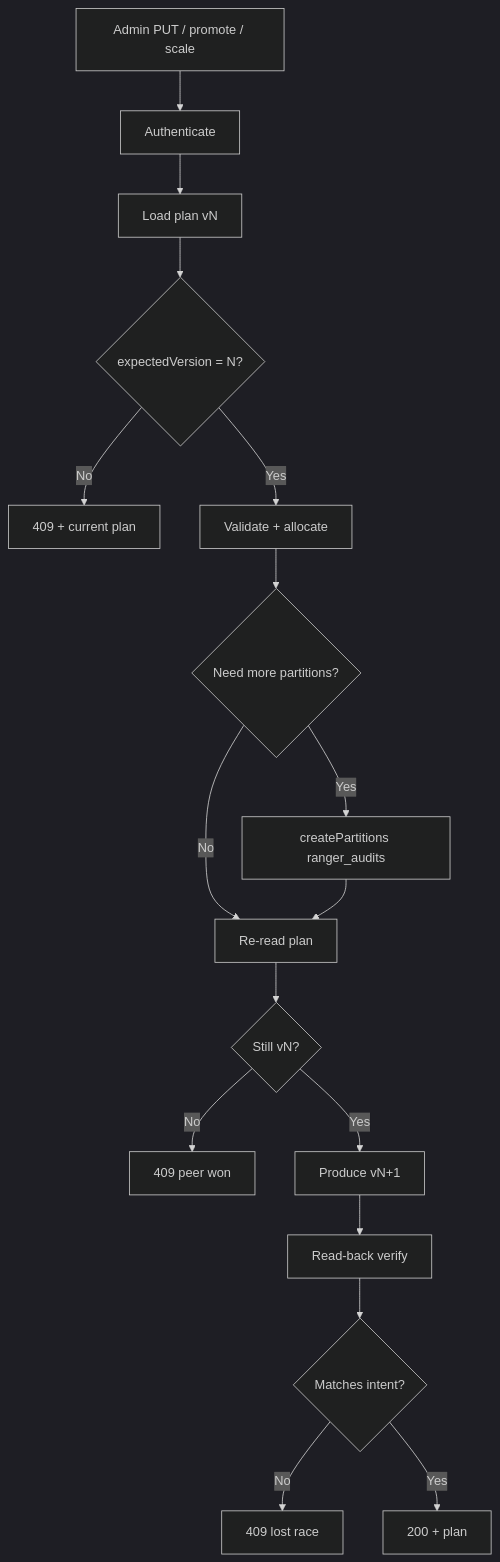
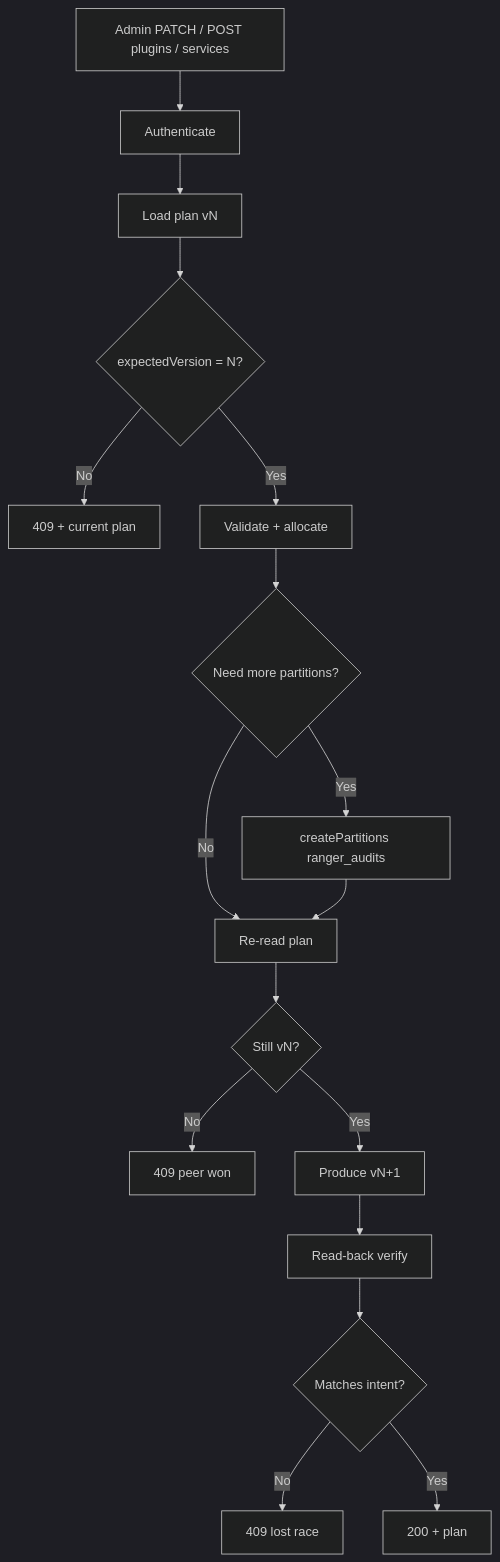
One commit to ramackri/ranger changed the third of 10 diagrams in audit-server/DESIGN-KAFKA-DYNAMIC-PARTITIONING.md. Above: the diagram before and after it, drawn with Mermaid (dark theme). The commit also changed other lines of this file and 50 other files, not shown here.

````diff
--- a/audit-server/DESIGN-KAFKA-DYNAMIC-PARTITIONING.md
+++ b/audit-server/DESIGN-KAFKA-DYNAMIC-PARTITIONING.md
@@ -257,19 +258,19 @@
 ```mermaid
 flowchart TD
-  Admin[Admin PUT / promote / scale] --> Auth[Authenticate]
+  Admin[Admin PATCH / POST plugins / services] --> Auth[Authenticate]
   Auth --> Load[Load plan vN]
   Load --> Check1{expectedVersion = N?}
   Check1 -->|No| R409a[409 + current plan]
   Check1 -->|Yes| Valid[Validate + allocate]
   Valid --> Grow{Need more partitions?}
   Grow -->|Yes| CP[createPartitions ranger_audits]
   Grow -->|No| Reread[Re-read plan]
   CP --> Reread
   Reread --> Check2{Still vN?}
   Check2 -->|No| R409b[409 peer won]
   Check2 -->|Yes| Produce[Produce vN+1]
   Produce --> Back[Read-back verify]
   Back --> Check3{Matches intent?}
   Check3 -->|No| R409c[409 lost race]
   Check3 -->|Yes| OK[200 + plan]
 ```
````
